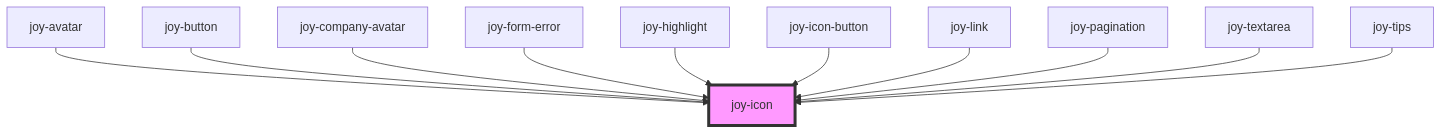
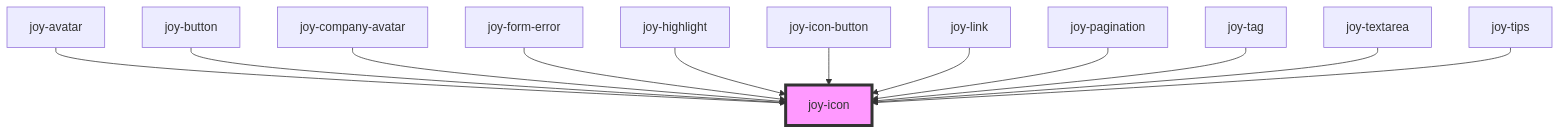
The diagram in core/src/components/icon/readme.md (Maltcommunity/joy), drawn with Mermaid before and after one commit. The commit also changed other lines of this file and 9 other files, not shown here.

````diff
--- a/core/src/components/icon/readme.md
+++ b/core/src/components/icon/readme.md
@@ -62,14 +63,15 @@
 ```mermaid
 graph TD;
   joy-avatar --> joy-icon
   joy-button --> joy-icon
   joy-company-avatar --> joy-icon
   joy-form-error --> joy-icon
   joy-highlight --> joy-icon
   joy-icon-button --> joy-icon
   joy-link --> joy-icon
   joy-pagination --> joy-icon
+  joy-tag --> joy-icon
   joy-textarea --> joy-icon
   joy-tips --> joy-icon
   style joy-icon fill:#f9f,stroke:#333,stroke-width:4px
 ```
````
